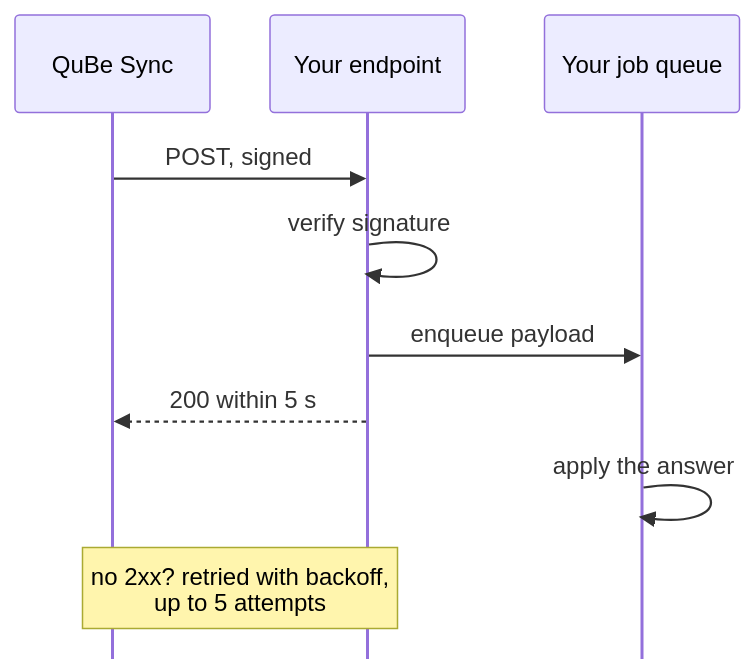
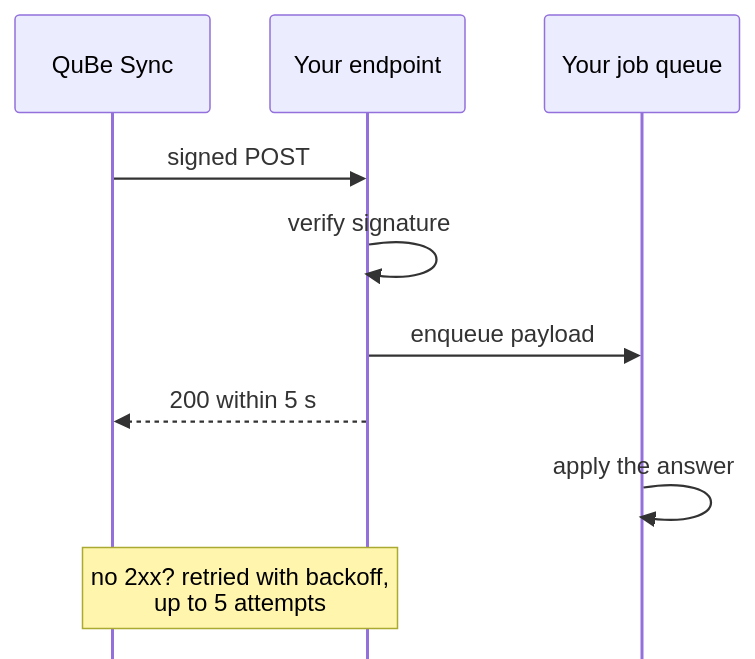
One commit to qubeintegrations/docs changed the diagram in webhooks.mdx. Above: the diagram before and after it, drawn with Mermaid. The commit also changed other lines of this file and 4 other files, not shown here.

````diff
--- a/webhooks.mdx
+++ b/webhooks.mdx
@@ -21,13 +11,13 @@
 ```mermaid
 %%{init: {"sequence": {"width": 130, "actorMargin": 40, "mirrorActors": false}}}%%
 sequenceDiagram
   participant Q as QuBe Sync
   participant App as Your endpoint
   participant Job as Your job queue
-  Q->>App: POST, signed
+  Q->>App: signed POST
   App->>App: verify signature
   App->>Job: enqueue payload
   App-->>Q: 200 within 5 s
   Job->>Job: apply the answer
   Note over Q,App: no 2xx? retried with backoff,<br/>up to 5 attempts
 ```
````
